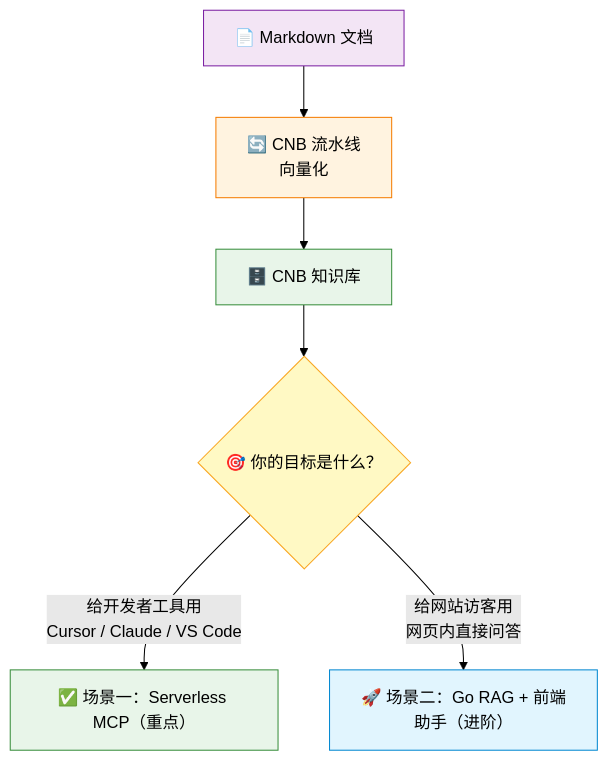
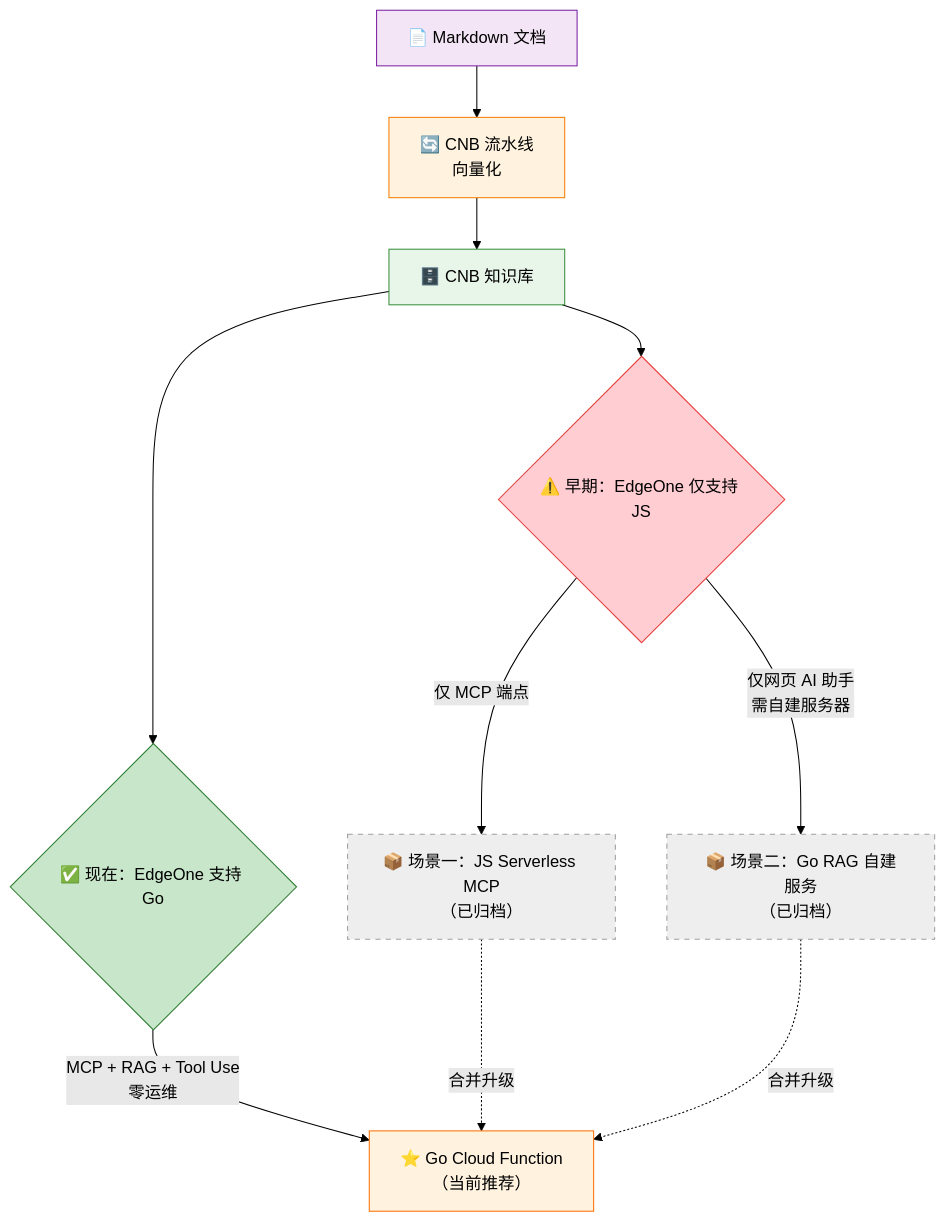
One commit to Mintimate/vector-mcp-edge changed the diagram in features/solutions.md. Above: the diagram before and after it, drawn with Mermaid (forest theme). The commit also changed other lines of this file and 12 other files, not shown here.

Commit message:
feat(docs): 统一迁移至 Go Cloud Function 并归档旧方案

````diff
--- a/features/solutions.md
+++ b/features/solutions.md
@@ -7,16 +16,24 @@
 ```mermaid
 flowchart TD
     K["📄 Markdown 文档"] --> V["🔄 CNB 流水线<br/>向量化"]
     V --> DB["🗄️ CNB 知识库"]
 
-    DB --> Q{"🎯 你的目标是什么？"}
-    Q -->|给开发者工具用<br/>Cursor / Claude / VS Code| A["✅ 场景一：Serverless MCP（重点）"]
-    Q -->|给网站访客用<br/>网页内直接问答| B["🚀 场景二：Go RAG + 前端助手（进阶）"]
+    DB --> OLD{"⚠️ 早期：EdgeOne 仅支持 JS"}
+    OLD -->|仅 MCP 端点| A["📦 场景一：JS Serverless MCP<br/>（已归档）"]
+    OLD -->|仅网页 AI 助手<br/>需自建服务器| B["📦 场景二：Go RAG 自建服务<br/>（已归档）"]
+
+    DB --> NEW{"✅ 现在：EdgeOne 支持 Go"}
+    NEW -->|MCP + RAG + Tool Use<br/>零运维| C["⭐ Go Cloud Function<br/>（当前推荐）"]
+
+    A -.->|合并升级| C
+    B -.->|合并升级| C
 
     style K fill:#f3e5f5,stroke:#7b1fa2
     style V fill:#fff3e0,stroke:#f57c00
     style DB fill:#e8f5e9,stroke:#388e3c
-    style Q fill:#fff9c4,stroke:#f9a825
-    style A fill:#e8f5e9,stroke:#388e3c
-    style B fill:#e1f5fe,stroke:#0288d1
+    style OLD fill:#ffcdd2,stroke:#e53935
+    style NEW fill:#c8e6c9,stroke:#2e7d32
+    style A fill:#eeeeee,stroke:#9e9e9e,stroke-dasharray: 5 5
+    style B fill:#eeeeee,stroke:#9e9e9e,stroke-dasharray: 5 5
+    style C fill:#fff3e0,stroke:#ff6f00
 ```
````
